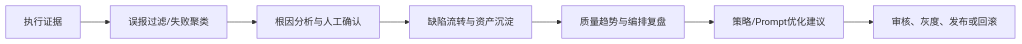
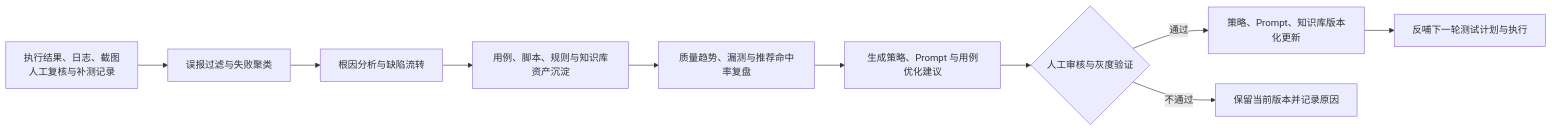
One commit to xiangsong97/xueran changed the sixth of 9 diagrams in AI驱动自动化测试平台自研落地实施方案.md. Above: the diagram before and after it, drawn with Mermaid. The commit also changed other lines of this file, not shown here.

````diff
--- a/AI驱动自动化测试平台自研落地实施方案.md
+++ b/AI驱动自动化测试平台自研落地实施方案.md
@@ -676,9 +670,12 @@
 ```mermaid
 flowchart LR
-    A["执行证据"] --> B["误报过滤/失败聚类"]
-    B --> C["根因分析与人工确认"]
-    C --> D["缺陷流转与资产沉淀"]
-    D --> E["质量趋势与编排复盘"]
-    E --> F["策略/Prompt优化建议"]
-    F --> G["审核、灰度、发布或回滚"]
+    A["执行结果、日志、截图<br/>人工复核与补测记录"] --> B["误报过滤与失败聚类"]
+    B --> C["根因分析与缺陷流转"]
+    C --> D["用例、脚本、规则与知识库资产沉淀"]
+    D --> E["质量趋势、漏测与推荐命中率复盘"]
+    E --> F["生成策略、Prompt 与用例优化建议"]
+    F --> G{"人工审核与灰度验证"}
+    G -- "通过" --> H["策略、Prompt、知识库版本化更新"]
+    G -- "不通过" --> I["保留当前版本并记录原因"]
+    H --> J["反哺下一轮测试计划与执行"]
 ```
````
